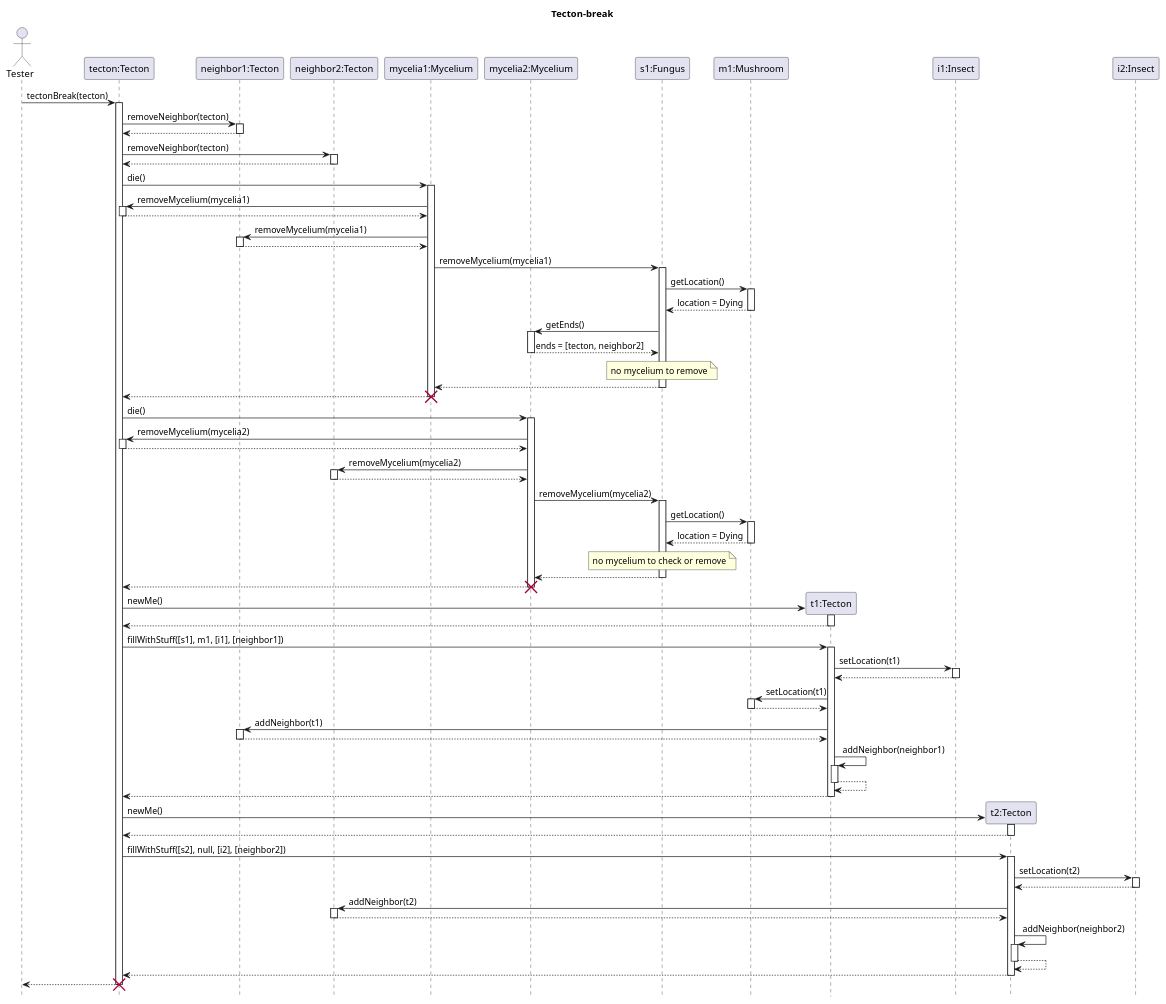
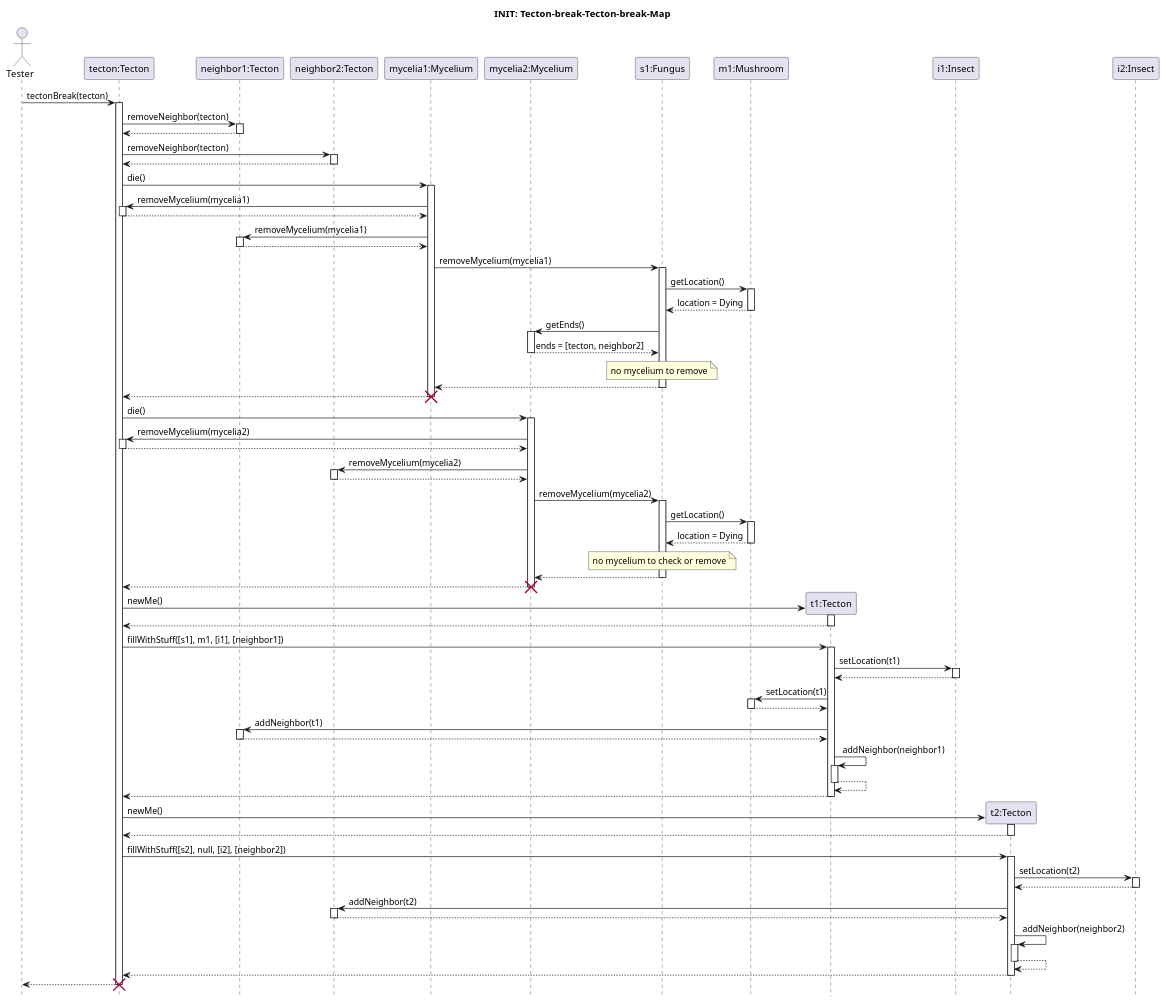
One commit to ZD4ve/projlab-error521 changed the diagram in Skeleton/Tecton-break/tecton-break.pu. Above: the diagram before and after it, drawn with PlantUML.

Commit message:
name fix

```diff
--- a/Skeleton/Tecton-break/tecton-break.pu
+++ b/Skeleton/Tecton-break/tecton-break.pu
@@ -1,126 +1,126 @@
 @startuml Tecton/tecton-break-seq
 hide footbox
 
-title Tecton-break
+title INIT: Tecton-break-Tecton-break-Map
 
 actor Tester
 participant "tecton:Tecton" as Dying
 participant "neighbor1:Tecton" as neighbor1
 participant "neighbor2:Tecton" as neighbor2
 participant "mycelia1:Mycelium" as mycelia1
 participant "mycelia2:Mycelium" as mycelia2
 
 participant "s1:Fungus" as s1
 
 Tester -> Dying : tectonBreak(tecton)
 activate Dying
 
     participant "m1:Mushroom" as mushroom
     Dying -> neighbor1 : removeNeighbor(tecton)
     activate neighbor1
     return
 
     Dying -> neighbor2 : removeNeighbor(tecton)
     activate neighbor2
     return
 
             Dying -> mycelia1 : die()
 
                 activate mycelia1
                 mycelia1 -> Dying : removeMycelium(mycelia1)
                 activate Dying
                 return
                 mycelia1 -> neighbor1 : removeMycelium(mycelia1)
                 activate neighbor1
                 return
                 mycelia1 -> s1 : removeMycelium(mycelia1)
                 activate s1
                 s1 -> mushroom : getLocation()
                 activate mushroom
                 return location = Dying
                 s1 -> mycelia2 : getEnds()
                 activate mycelia2
                 return ends = [tecton, neighbor2]
 
                 note over s1 : no mycelium to remove
                 return
 
             return
             destroy mycelia1
 
             Dying -> mycelia2 : die()
             activate mycelia2
                 mycelia2 -> Dying : removeMycelium(mycelia2)
                 activate Dying
                 return
                 mycelia2 -> neighbor2 : removeMycelium(mycelia2)
                 activate neighbor2
                 return
                 mycelia2 -> s1 : removeMycelium(mycelia2)
                 activate s1
                 s1 -> mushroom : getLocation()
                 activate mushroom
                 return location = Dying
 
                 note over s1 : no mycelium to check or remove
                 return
             return
             destroy mycelia2
 
 
 
     create "t1:Tecton" as New1
     Dying -> New1 : newMe()
     activate New1
     return
     Dying -> New1 : fillWithStuff([s1], m1, [i1], [neighbor1])
     activate New1
 
             participant "i1:Insect" as insect1
 
             New1 -> insect1 : setLocation(t1)
             activate insect1
             return
 
             New1 -> mushroom : setLocation(t1)
             activate mushroom
             return
 
             New1 -> neighbor1 : addNeighbor(t1)
             activate neighbor1
             return
 
             New1 -> New1 : addNeighbor(neighbor1)
             activate New1
             return
 
     return
 
     create "t2:Tecton" as New2
     Dying -> New2 : newMe()
     activate New2
     return
 
     Dying -> New2 : fillWithStuff([s2], null, [i2], [neighbor2])
     activate New2
 
             participant "i2:Insect" as insect2
 
             New2 -> insect2 : setLocation(t2)
             activate insect2
             return
 
             New2 -> neighbor2 : addNeighbor(t2)
             activate neighbor2
             return
 
             New2 -> New2 : addNeighbor(neighbor2)
             activate New2
             return
 
     return
 
 return
 destroy Dying
 
 @enduml
```
